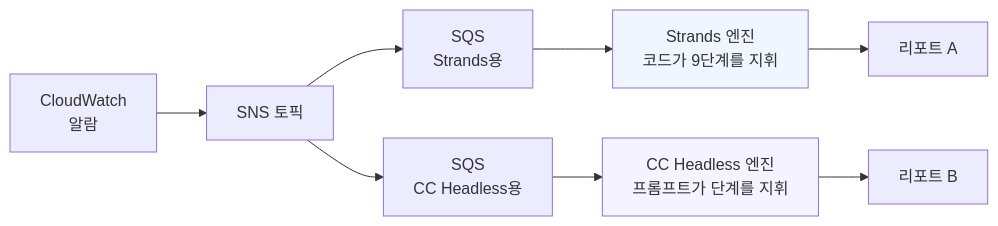
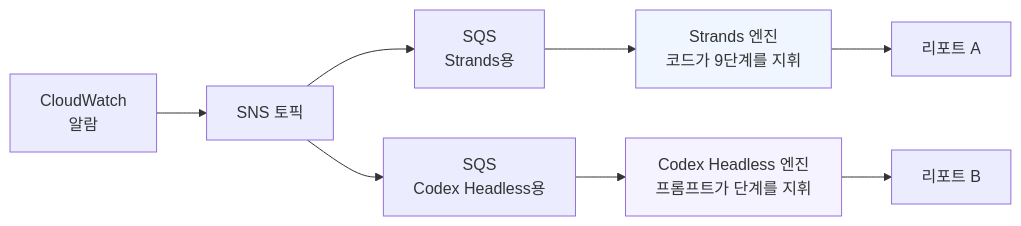
The second of 13 diagrams in docs/how-it-works.md (haandol/rca-agent), drawn with Mermaid before and after one commit. The commit also changed other lines of this file and 306 other files, not shown here.

Commit message:
feat: replace headless CC with Codex on Bedrock

````diff
--- a/docs/how-it-works.md
+++ b/docs/how-it-works.md
@@ -78,13 +78,13 @@
 ```mermaid
 flowchart LR
     CW["CloudWatch<br/>알람"] --> SNS["SNS 토픽"]
     SNS --> Q1["SQS<br/>Strands용"]
-    SNS --> Q2["SQS<br/>CC Headless용"]
+    SNS --> Q2["SQS<br/>Codex Headless용"]
     Q1 --> E1["Strands 엔진<br/>코드가 9단계를 지휘"]
-    Q2 --> E2["CC Headless 엔진<br/>프롬프트가 단계를 지휘"]
+    Q2 --> E2["Codex Headless 엔진<br/>프롬프트가 단계를 지휘"]
     E1 --> R1["리포트 A"]
     E2 --> R2["리포트 B"]
 
     style E1 fill:#eff6ff
     style E2 fill:#f5f3ff
 ```
````
